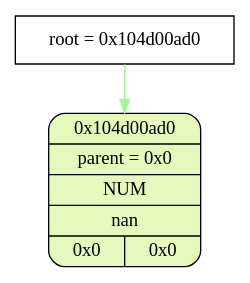
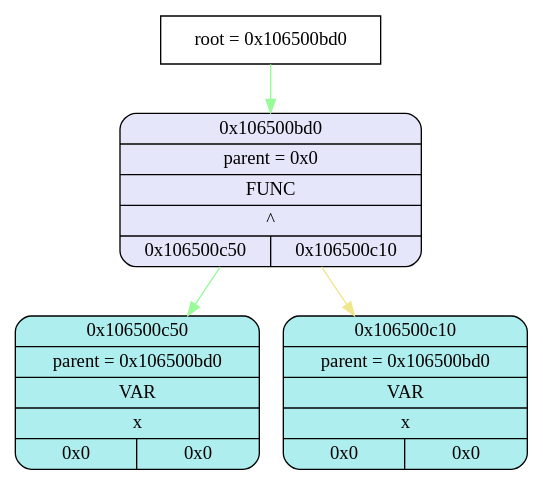
One commit to esgalimov/differentiator changed the diagram in tmp/graphviz.dot. Above: the diagram before and after it, drawn with Graphviz. The commit also changed 14 other files, not shown here.

```diff
--- a/tmp/graphviz.dot
+++ b/tmp/graphviz.dot
@@ -1,8 +1,14 @@
 digraph
 {
-    node_info[shape = record, label = "{root = 0x104d00ad0}"];
+    node_info[shape = record, label = "{root = 0x106500bd0}"];
 
-    node_info->node_0x104d00ad0 [color = "#98FB98"];
-    node_0x104d00ad0[shape = Mrecord, label = "{{0x104d00ad0} | {parent =  0x0} | {NUM} | {nan} | {0x0 | 0x0}}",
-                style="filled", fillcolor="#E7F8BC"];
+    node_info->node_0x106500bd0 [color = "#98FB98"];
+    node_0x106500bd0[shape = Mrecord, label = "{{0x106500bd0} | {parent =  0x0} | {FUNC} | {^} | {0x106500c50 | 0x106500c10}}",
+                style="filled", fillcolor="#E6E6FA"];
+    node_0x106500c50[shape = Mrecord, label = "{{0x106500c50} | {parent =  0x106500bd0} | {VAR} | {x} | {0x0 | 0x0}}",
+                style="filled", fillcolor="#AFEEEE"];
+    node_0x106500c10[shape = Mrecord, label = "{{0x106500c10} | {parent =  0x106500bd0} | {VAR} | {x} | {0x0 | 0x0}}",
+                style="filled", fillcolor="#AFEEEE"];
+    node_0x106500bd0->node_0x106500c50 [color = "#98FB98"];
+    node_0x106500bd0->node_0x106500c10 [color = "#F0E68C"];
 }
```
